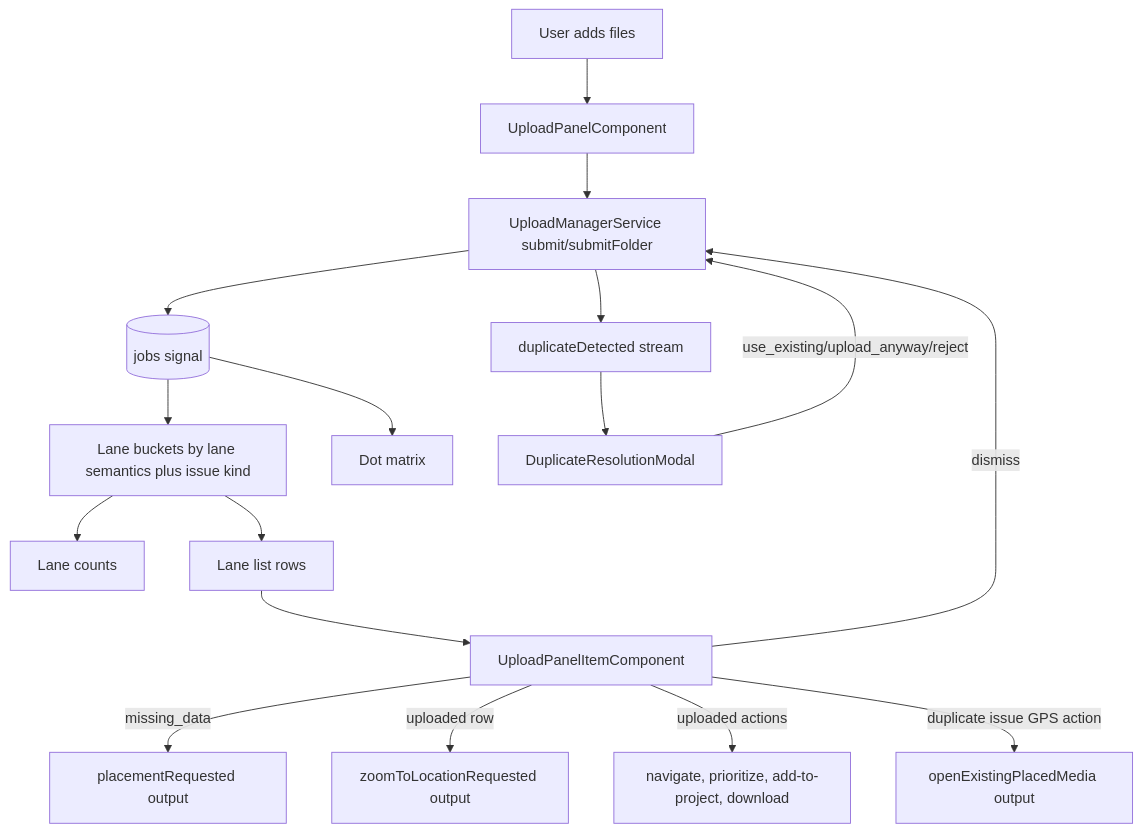
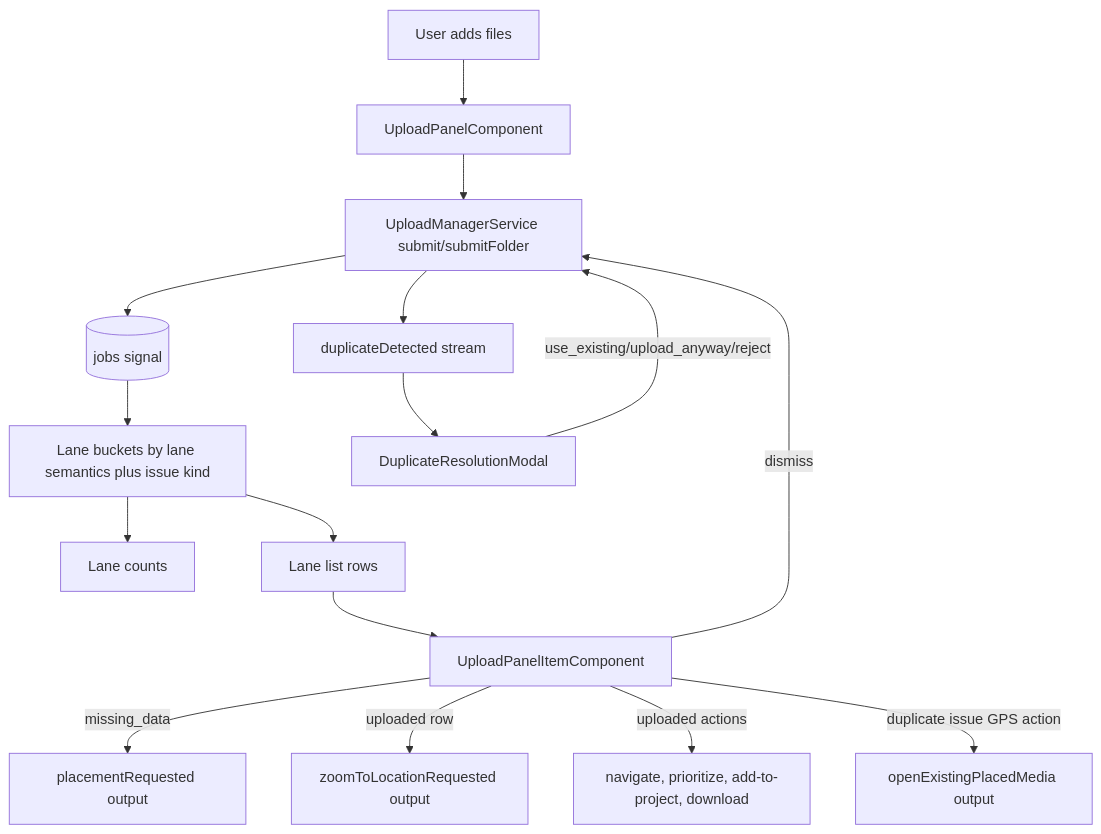
Before and after one commit to matkleve/feldpost: the first of 6 diagrams in docs/element-specs/upload-panel.md, drawn with Mermaid. The commit also changed other lines of this file and 22 other files, not shown here.

````diff
--- a/docs/element-specs/upload-panel.md
+++ b/docs/element-specs/upload-panel.md
@@ -112,19 +188,18 @@
 ```mermaid
 flowchart TD
   U[User adds files] --> P[UploadPanelComponent]
   P --> M[UploadManagerService submit/submitFolder]
   M --> J[(jobs signal)]
   M --> DD[duplicateDetected stream]
   J --> B[Lane buckets by lane semantics plus issue kind]
   B --> C[Lane counts]
   B --> L[Lane list rows]
-  J --> D[Dot matrix]
   L --> I[UploadPanelItemComponent]
   I -->|missing_data| R[placementRequested output]
   I -->|uploaded row| Z[zoomToLocationRequested output]
   I -->|uploaded actions| ZA[navigate, prioritize, add-to-project, download]
   I -->|duplicate issue GPS action| Z2[openExistingPlacedMedia output]
   DD --> DM[DuplicateResolutionModal]
   DM -->|use_existing/upload_anyway/reject| M
   I -->|dismiss| M
 ```
````
